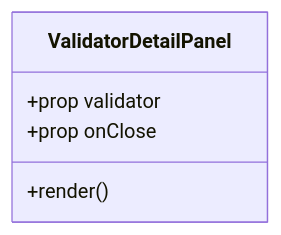
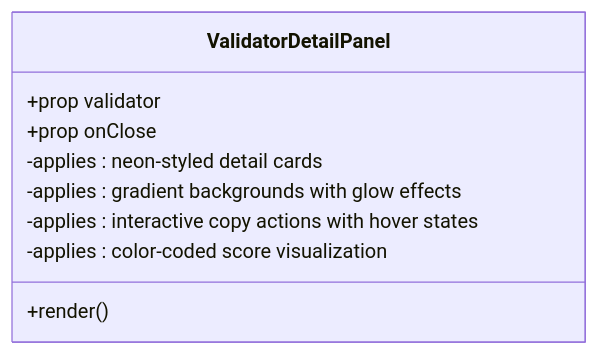
Diagram 17 of 19 in .qoder/repowiki/en/content/Frontend Architecture/Component Architecture.md (RunTimeAdmin/InfraWatch), drawn with Mermaid before and after one commit. The commit also changed other lines of this file and 12 other files, not shown here.

````diff
--- a/.qoder/repowiki/en/content/Frontend Architecture/Component Architecture.md
+++ b/.qoder/repowiki/en/content/Frontend Architecture/Component Architecture.md
@@ -514,8 +566,12 @@
 ```mermaid
 classDiagram
 class ValidatorDetailPanel {
 +prop validator
 +prop onClose
 +render()
+-applies : neon-styled detail cards
+-applies : gradient backgrounds with glow effects
+-applies : interactive copy actions with hover states
+-applies : color-coded score visualization
 }
 ```
````
